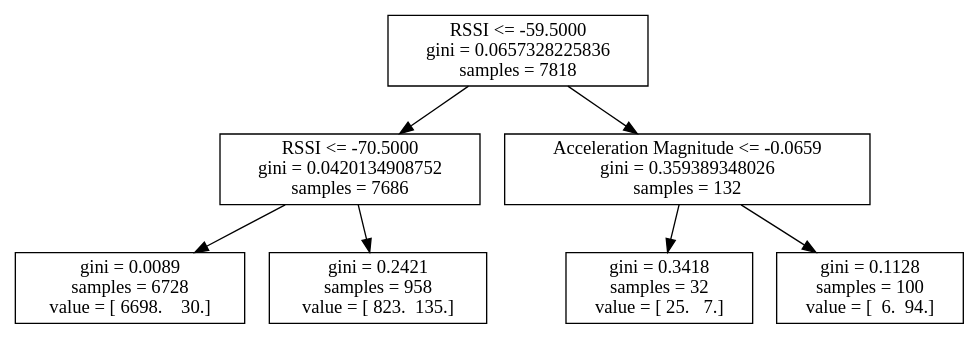
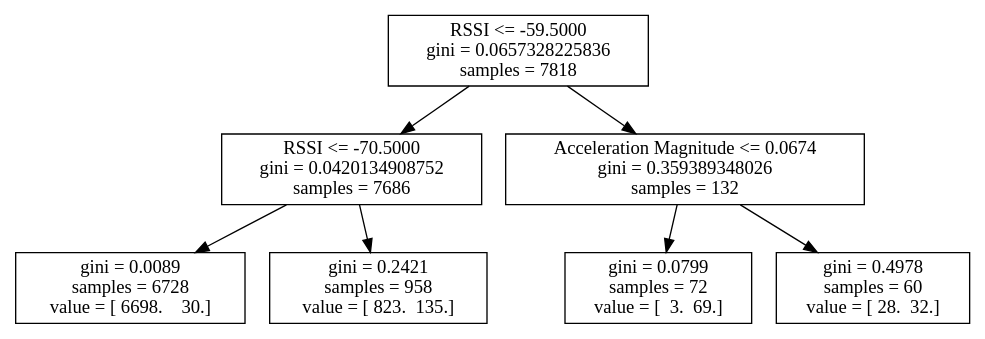
Before and after one commit to atitus5/6s062-Project: the diagram in logs/4_19/log3.dot, drawn with Graphviz. The commit also changed 72 other files, not shown here.

```diff
--- a/logs/4_19/log3.dot
+++ b/logs/4_19/log3.dot
@@ -1,15 +1,15 @@
 digraph Tree {
 0 [label="RSSI <= -59.5000\ngini = 0.0657328225836\nsamples = 7818", shape="box"] ;
 1 [label="RSSI <= -70.5000\ngini = 0.0420134908752\nsamples = 7686", shape="box"] ;
 0 -> 1 ;
 2 [label="gini = 0.0089\nsamples = 6728\nvalue = [ 6698.    30.]", shape="box"] ;
 1 -> 2 ;
 3 [label="gini = 0.2421\nsamples = 958\nvalue = [ 823.  135.]", shape="box"] ;
 1 -> 3 ;
-4 [label="Acceleration Magnitude <= -0.0659\ngini = 0.359389348026\nsamples = 132", shape="box"] ;
+4 [label="Acceleration Magnitude <= 0.0674\ngini = 0.359389348026\nsamples = 132", shape="box"] ;
 0 -> 4 ;
-5 [label="gini = 0.3418\nsamples = 32\nvalue = [ 25.   7.]", shape="box"] ;
+5 [label="gini = 0.0799\nsamples = 72\nvalue = [  3.  69.]", shape="box"] ;
 4 -> 5 ;
-6 [label="gini = 0.1128\nsamples = 100\nvalue = [  6.  94.]", shape="box"] ;
+6 [label="gini = 0.4978\nsamples = 60\nvalue = [ 28.  32.]", shape="box"] ;
 4 -> 6 ;
 }
```
